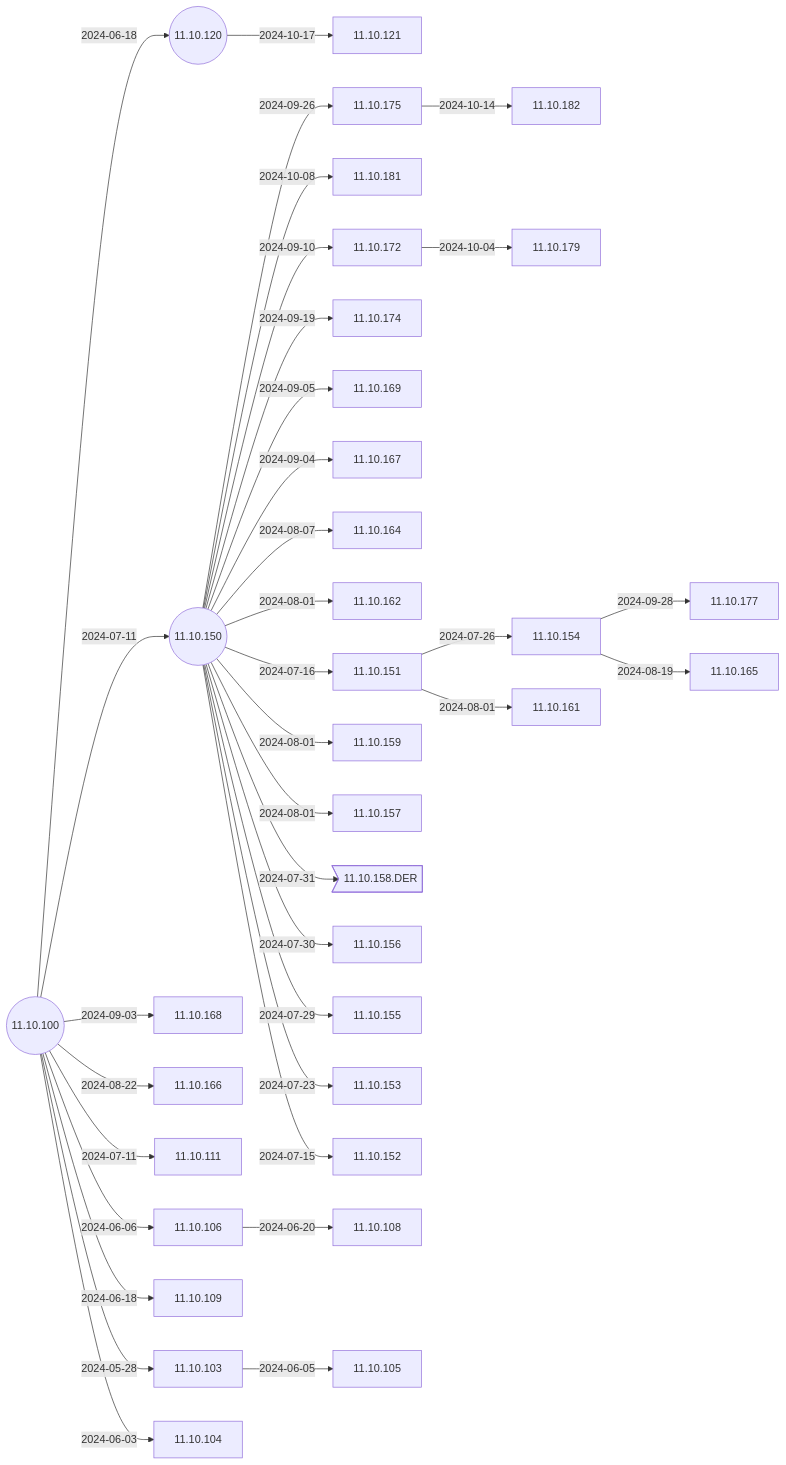
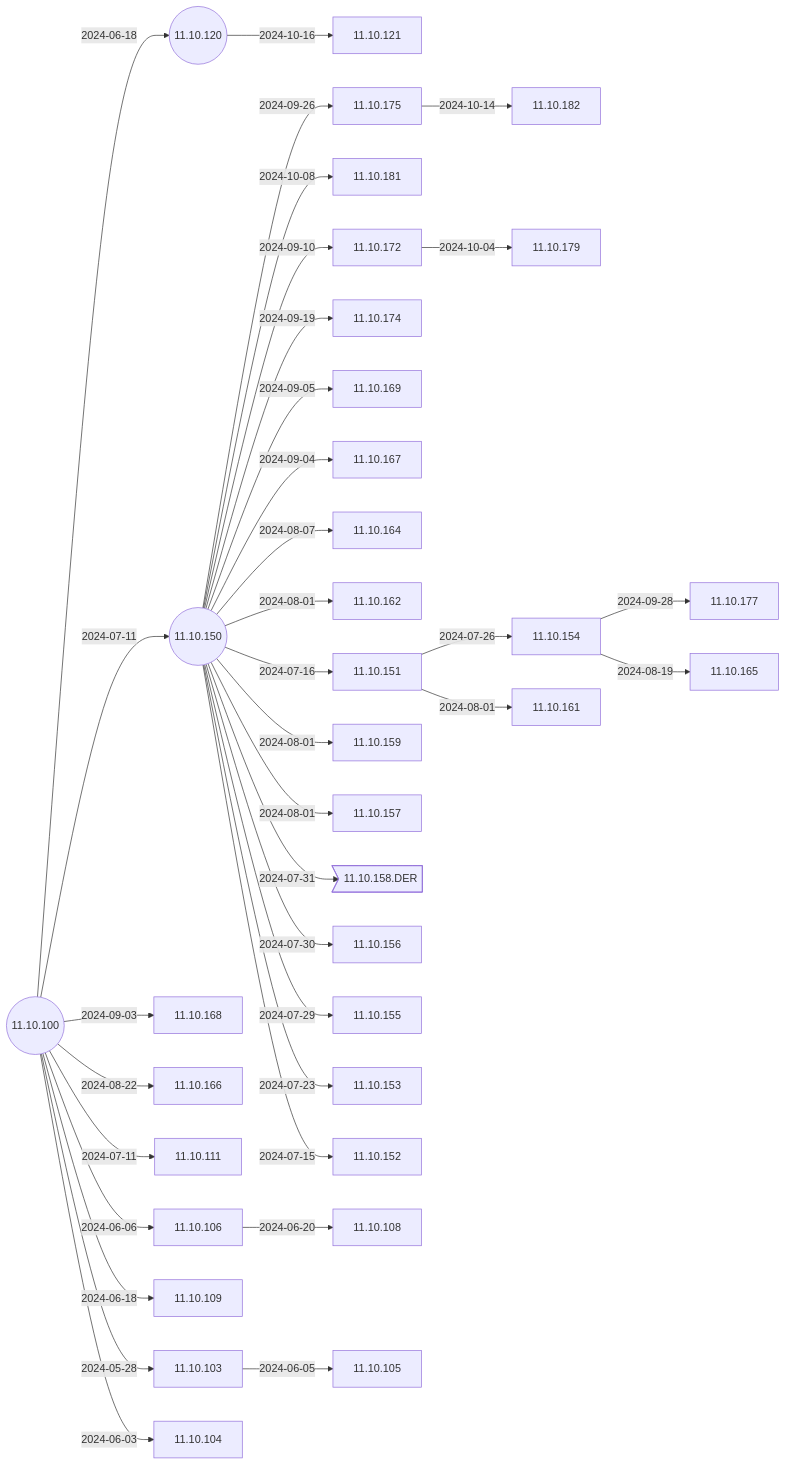
Before and after one commit to IGEL-Community/IGEL-Docs-v02: the second of 6 diagrams in docs/Docs/ReleaseNotes/01-OS11/README.md, drawn with Mermaid. The commit also changed 1 other file, not shown here.

Commit message:
11.10.121 date fix 11.10.121 date fix

````diff
--- a/docs/Docs/ReleaseNotes/01-OS11/README.md
+++ b/docs/Docs/ReleaseNotes/01-OS11/README.md
@@ -41,73 +41,73 @@
 ```mermaid
 flowchart LR
-    11.10.120-- 2024-10-17 -->11.10.121
+    11.10.120-- 2024-10-16 -->11.10.121
     11.10.175-- 2024-10-14 -->11.10.182
     11.10.150-- 2024-10-08 -->11.10.181
     11.10.172-- 2024-10-04 -->11.10.179
     11.10.154-- 2024-09-28 -->11.10.177
     11.10.150-- 2024-09-26 -->11.10.175
     11.10.150-- 2024-09-19 -->11.10.174
     11.10.150-- 2024-09-10 -->11.10.172
     11.10.150-- 2024-09-05 -->11.10.169
     11.10.150-- 2024-09-04 -->11.10.167
     11.10.100-- 2024-09-03 -->11.10.168
     11.10.100-- 2024-08-22 -->11.10.166
     11.10.154-- 2024-08-19 -->11.10.165
     11.10.150-- 2024-08-07 -->11.10.164
     11.10.150-- 2024-08-01 -->11.10.162
     11.10.151-- 2024-08-01 -->11.10.161
     11.10.150-- 2024-08-01 -->11.10.159
     11.10.150-- 2024-08-01 -->11.10.157
     11.10.150-- 2024-07-31 -->11.10.158.DER>11.10.158.DER]
     11.10.150-- 2024-07-30 -->11.10.156
     11.10.150-- 2024-07-29 -->11.10.155
     11.10.151-- 2024-07-26 -->11.10.154
     11.10.150-- 2024-07-23 -->11.10.153
     11.10.150-- 2024-07-16 -->11.10.151
     11.10.150-- 2024-07-15 -->11.10.152
     11.10.100-- 2024-07-11 -->11.10.150((11.10.150))
     11.10.100-- 2024-07-11 -->11.10.111
     11.10.106-- 2024-06-20 -->11.10.108
     11.10.100-- 2024-06-18 -->11.10.109
     11.10.100-- 2024-06-18 -->11.10.120((11.10.120))
     11.10.100-- 2024-06-06 -->11.10.106
     11.10.103-- 2024-06-05 -->11.10.105
     11.10.100-- 2024-06-03 -->11.10.104
     11.10.100-- 2024-05-28 -->11.10.103
     11.10.100((11.10.100))
     click 11.10.121 "https://github.com/IGEL-Community/IGEL-Docs-v02/tree/main/docs/Docs/ReleaseNotes/01-OS11/readme11.10.121.txt" _blank
     click 11.10.182 "https://github.com/IGEL-Community/IGEL-Docs-v02/tree/main/docs/Docs/ReleaseNotes/01-OS11/readme11.10.182.txt" _blank
     click 11.10.181 "https://github.com/IGEL-Community/IGEL-Docs-v02/tree/main/docs/Docs/ReleaseNotes/01-OS11/readme11.10.181.txt" _blank
     click 11.10.179 "https://github.com/IGEL-Community/IGEL-Docs-v02/tree/main/docs/Docs/ReleaseNotes/01-OS11/readme11.10.179.txt" _blank
     click 11.10.177 "https://github.com/IGEL-Community/IGEL-Docs-v02/tree/main/docs/Docs/ReleaseNotes/01-OS11/readme11.10.177.txt" _blank
     click 11.10.175 "https://github.com/IGEL-Community/IGEL-Docs-v02/tree/main/docs/Docs/ReleaseNotes/01-OS11/readme11.10.175.txt" _blank
     click 11.10.174 "https://github.com/IGEL-Community/IGEL-Docs-v02/tree/main/docs/Docs/ReleaseNotes/01-OS11/readme11.10.174.txt" _blank
     click 11.10.172 "https://github.com/IGEL-Community/IGEL-Docs-v02/tree/main/docs/Docs/ReleaseNotes/01-OS11/readme11.10.172.txt" _blank
     click 11.10.169 "https://github.com/IGEL-Community/IGEL-Docs-v02/tree/main/docs/Docs/ReleaseNotes/01-OS11/readme11.10.169.txt" _blank
     click 11.10.167 "https://github.com/IGEL-Community/IGEL-Docs-v02/tree/main/docs/Docs/ReleaseNotes/01-OS11/readme11.10.167.txt" _blank
     click 11.10.168 "https://github.com/IGEL-Community/IGEL-Docs-v02/tree/main/docs/Docs/ReleaseNotes/01-OS11/readme11.10.168.txt" _blank
     click 11.10.166 "https://github.com/IGEL-Community/IGEL-Docs-v02/tree/main/docs/Docs/ReleaseNotes/01-OS11/readme11.10.166.txt" _blank
     click 11.10.165 "https://github.com/IGEL-Community/IGEL-Docs-v02/tree/main/docs/Docs/ReleaseNotes/01-OS11/readme11.10.165.txt" _blank
     click 11.10.164 "https://github.com/IGEL-Community/IGEL-Docs-v02/tree/main/docs/Docs/ReleaseNotes/01-OS11/readme11.10.164.txt" _blank
     click 11.10.162 "https://github.com/IGEL-Community/IGEL-Docs-v02/tree/main/docs/Docs/ReleaseNotes/01-OS11/readme11.10.162.txt" _blank
     click 11.10.161 "https://github.com/IGEL-Community/IGEL-Docs-v02/tree/main/docs/Docs/ReleaseNotes/01-OS11/readme11.10.161.txt" _blank
     click 11.10.159 "https://github.com/IGEL-Community/IGEL-Docs-v02/tree/main/docs/Docs/ReleaseNotes/01-OS11/readme11.10.159.txt" _blank
     click 11.10.157 "https://github.com/IGEL-Community/IGEL-Docs-v02/tree/main/docs/Docs/ReleaseNotes/01-OS11/readme11.10.157.txt" _blank
     click 11.10.158.DER "https://github.com/IGEL-Community/IGEL-Docs-v02/tree/main/docs/Docs/ReleaseNotes/01-OS11/readme11.10.158.DER.txt" _blank
     click 11.10.156 "https://github.com/IGEL-Community/IGEL-Docs-v02/tree/main/docs/Docs/ReleaseNotes/01-OS11/readme11.10.156.txt" _blank
     click 11.10.155 "https://github.com/IGEL-Community/IGEL-Docs-v02/tree/main/docs/Docs/ReleaseNotes/01-OS11/readme11.10.155.txt" _blank
     click 11.10.154 "https://github.com/IGEL-Community/IGEL-Docs-v02/tree/main/docs/Docs/ReleaseNotes/01-OS11/readme11.10.154.txt" _blank
     click 11.10.153 "https://github.com/IGEL-Community/IGEL-Docs-v02/tree/main/docs/Docs/ReleaseNotes/01-OS11/readme11.10.153.txt" _blank
     click 11.10.151 "https://github.com/IGEL-Community/IGEL-Docs-v02/tree/main/docs/Docs/ReleaseNotes/01-OS11/readme11.10.151.txt" _blank
     click 11.10.152 "https://github.com/IGEL-Community/IGEL-Docs-v02/tree/main/docs/Docs/ReleaseNotes/01-OS11/readme11.10.152.txt" _blank
     click 11.10.111 "https://github.com/IGEL-Community/IGEL-Docs-v02/tree/main/docs/Docs/ReleaseNotes/01-OS11/readme11.10.111.txt" _blank
     click 11.10.150 "https://github.com/IGEL-Community/IGEL-Docs-v02/tree/main/docs/Docs/ReleaseNotes/01-OS11/readme11.10.150.txt" _blank
     click 11.10.108 "https://github.com/IGEL-Community/IGEL-Docs-v02/tree/main/docs/Docs/ReleaseNotes/01-OS11/readme11.10.108.txt" _blank
     click 11.10.109 "https://github.com/IGEL-Community/IGEL-Docs-v02/tree/main/docs/Docs/ReleaseNotes/01-OS11/readme11.10.109.txt" _blank
     click 11.10.120 "https://github.com/IGEL-Community/IGEL-Docs-v02/tree/main/docs/Docs/ReleaseNotes/01-OS11/readme11.10.120.txt" _blank
     click 11.10.106 "https://github.com/IGEL-Community/IGEL-Docs-v02/tree/main/docs/Docs/ReleaseNotes/01-OS11/readme11.10.106.txt" _blank
     click 11.10.105 "https://github.com/IGEL-Community/IGEL-Docs-v02/tree/main/docs/Docs/ReleaseNotes/01-OS11/readme11.10.105.txt" _blank
     click 11.10.104 "https://github.com/IGEL-Community/IGEL-Docs-v02/tree/main/docs/Docs/ReleaseNotes/01-OS11/readme11.10.104.txt" _blank
     click 11.10.103 "https://github.com/IGEL-Community/IGEL-Docs-v02/tree/main/docs/Docs/ReleaseNotes/01-OS11/readme11.10.103.txt" _blank
     click 11.10.100 "https://github.com/IGEL-Community/IGEL-Docs-v02/tree/main/docs/Docs/ReleaseNotes/01-OS11/readme11.10.100.txt" _blank
 ```
````
